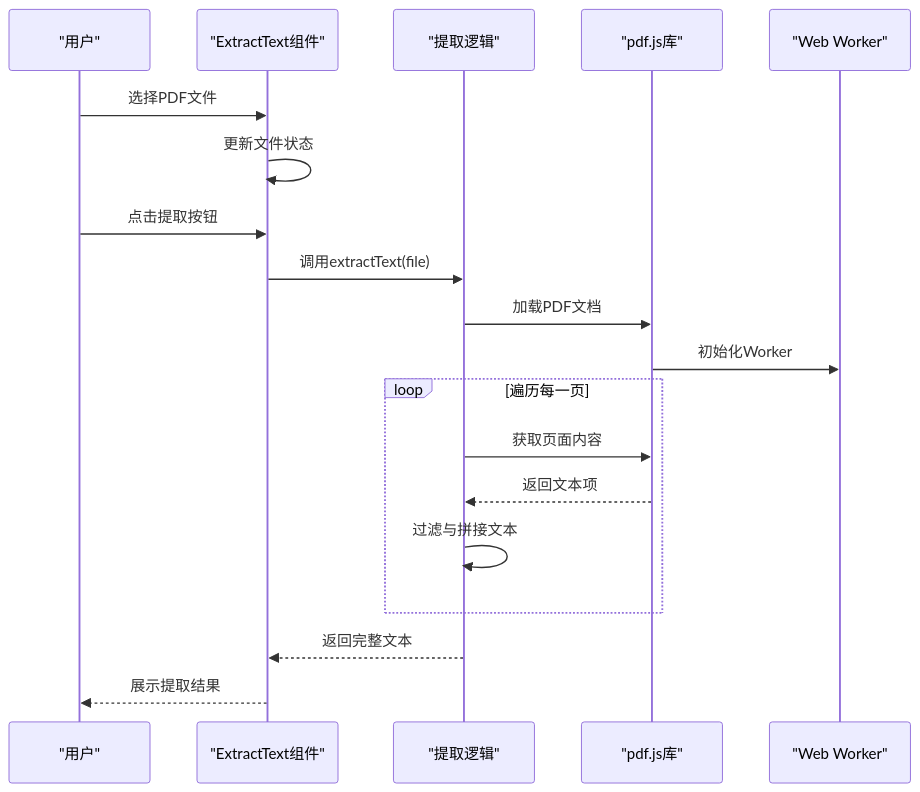
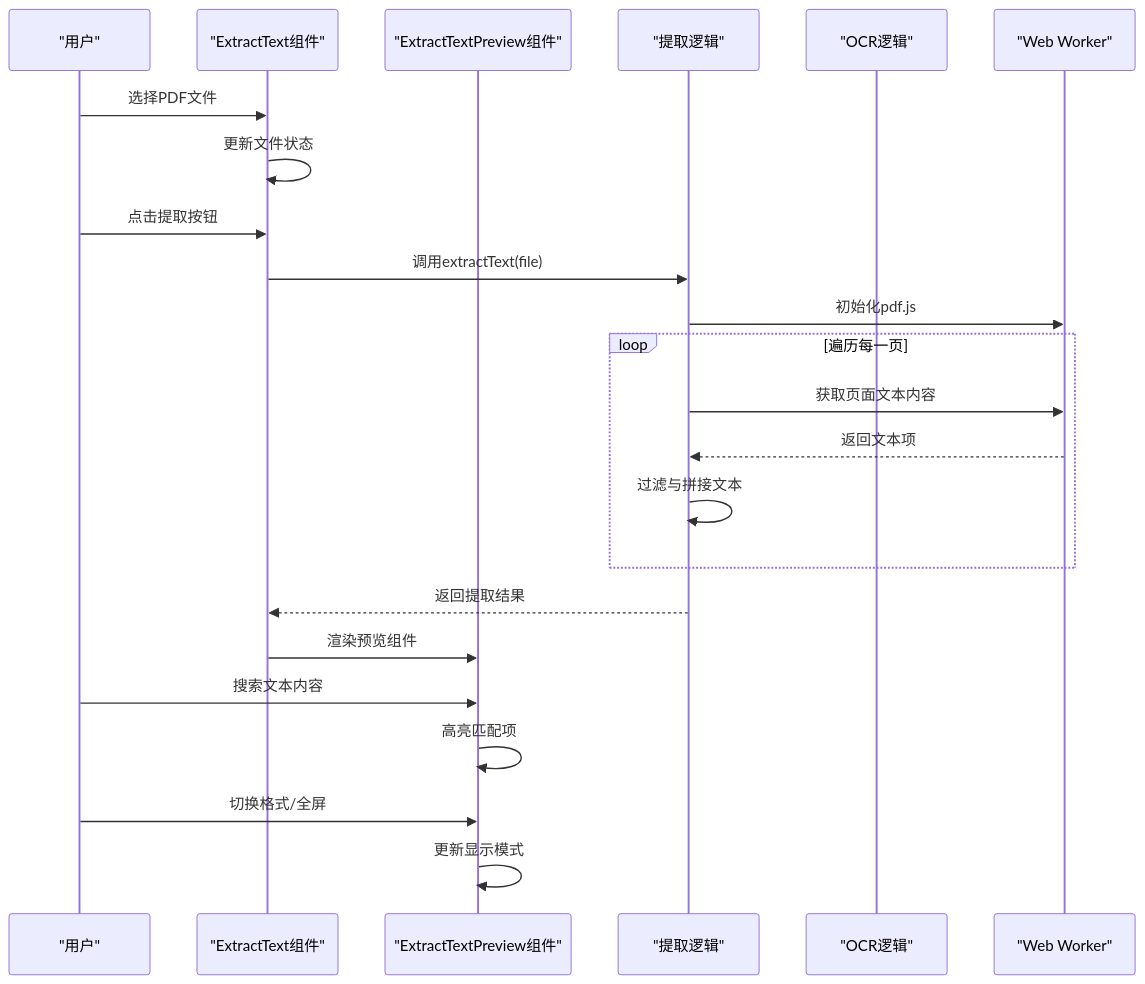
One commit to sgyy/privadeck changed the second of 6 diagrams in .qoder/repowiki/zh/content/PDF工具/提取文本工具.md. Above: the diagram before and after it, drawn with Mermaid. The commit also changed other lines of this file and 7 other files, not shown here.

````diff
--- a/.qoder/repowiki/zh/content/PDF工具/提取文本工具.md
+++ b/.qoder/repowiki/zh/content/PDF工具/提取文本工具.md
@@ -95,21 +130,25 @@
 ```mermaid
 sequenceDiagram
 participant U as "用户"
 participant C as "ExtractText组件"
+participant P as "ExtractTextPreview组件"
 participant L as "提取逻辑"
-participant P as "pdf.js库"
+participant O as "OCR逻辑"
 participant W as "Web Worker"
 U->>C : 选择PDF文件
 C->>C : 更新文件状态
 U->>C : 点击提取按钮
 C->>L : 调用extractText(file)
-L->>P : 加载PDF文档
-P->>W : 初始化Worker
+L->>W : 初始化pdf.js
 loop 遍历每一页
-L->>P : 获取页面内容
-P-->>L : 返回文本项
+L->>W : 获取页面文本内容
+W-->>L : 返回文本项
 L->>L : 过滤与拼接文本
 end
-L-->>C : 返回完整文本
-C-->>U : 展示提取结果
+L-->>C : 返回提取结果
+C->>P : 渲染预览组件
+U->>P : 搜索文本内容
+P->>P : 高亮匹配项
+U->>P : 切换格式/全屏
+P->>P : 更新显示模式
 ```
````
